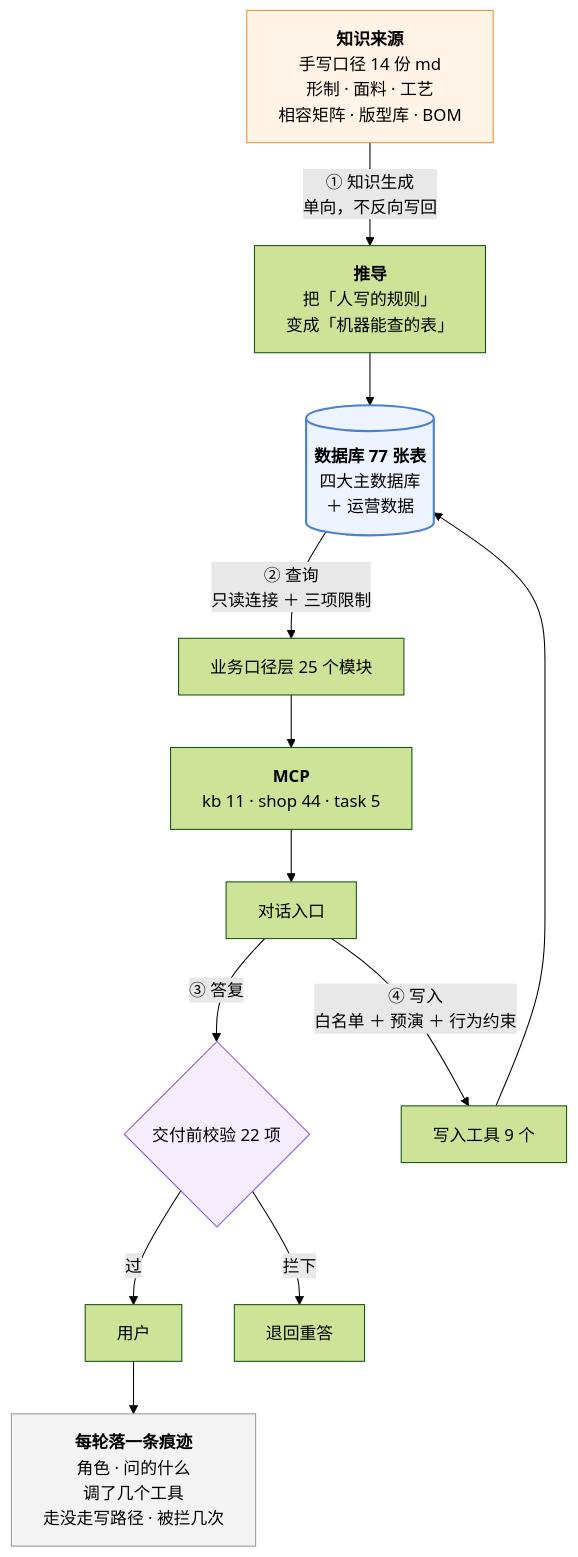
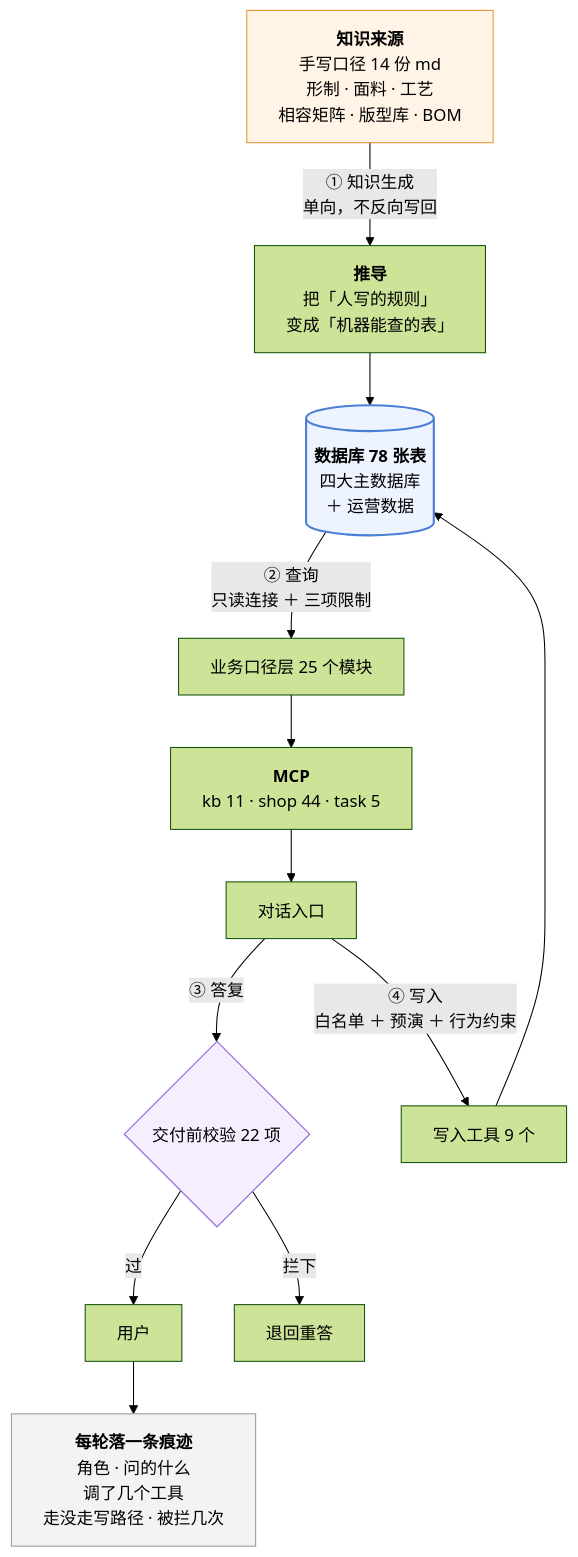
The third of 4 diagrams in 澜绣云裳agent-产品需求文档.md (843773296-rgb/lanxiu-yunshang-agent), drawn with Mermaid (forest theme) before and after one commit. The commit also changed other lines of this file and 6 other files, not shown here.

````diff
--- a/澜绣云裳agent-产品需求文档.md
+++ b/澜绣云裳agent-产品需求文档.md
@@ -375,24 +375,24 @@
 ```mermaid
 flowchart TD
     MD["<b>知识来源</b><br/>手写口径 14 份 md<br/>形制 · 面料 · 工艺<br/>相容矩阵 · 版型库 · BOM"]
     MD -->|"① 知识生成<br/>单向，不反向写回"| DV["<b>推导</b><br/>把「人写的规则」<br/>变成「机器能查的表」"]
-    DV --> DB[("<b>数据库 77 张表</b><br/>四大主数据库<br/>＋ 运营数据")]
+    DV --> DB[("<b>数据库 78 张表</b><br/>四大主数据库<br/>＋ 运营数据")]
 
     DB -->|"② 查询<br/>只读连接 ＋ 三项限制"| KJ["业务口径层 25 个模块"]
     KJ --> MCP["<b>MCP</b><br/>kb 11 · shop 44 · task 5"]
     MCP --> LLM["对话入口"]
 
     LLM -->|"③ 答复"| GD{"交付前校验 22 项"}
     GD -- 过 --> U["用户"]
     GD -- 拦下 --> RE["退回重答"]
 
     LLM -->|"④ 写入<br/>白名单 ＋ 预演 ＋ 行为约束"| W["写入工具 9 个"]
     W --> DB
 
     U --> TR["<b>每轮落一条痕迹</b><br/>角色 · 问的什么<br/>调了几个工具<br/>走没走写路径 · 被拦几次"]
 
     style MD fill:#fff4e6,stroke:#e8912d
     style DB fill:#eef4ff,stroke:#4a7fd4,stroke-width:2px
     style GD fill:#f6eeff,stroke:#8b5cd6
     style TR fill:#f3f3f3,stroke:#999
 ```
````
